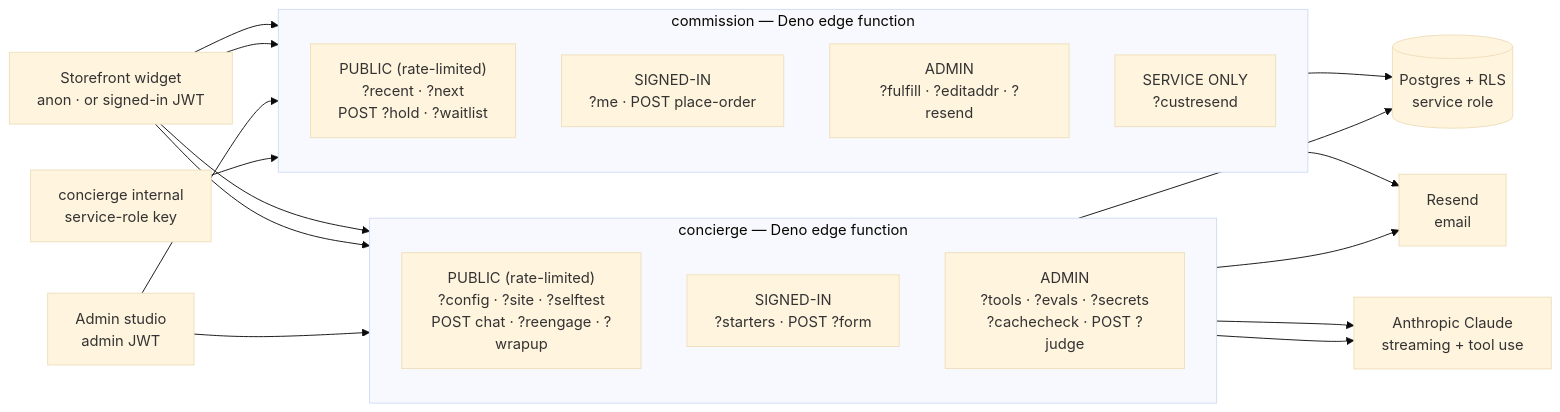
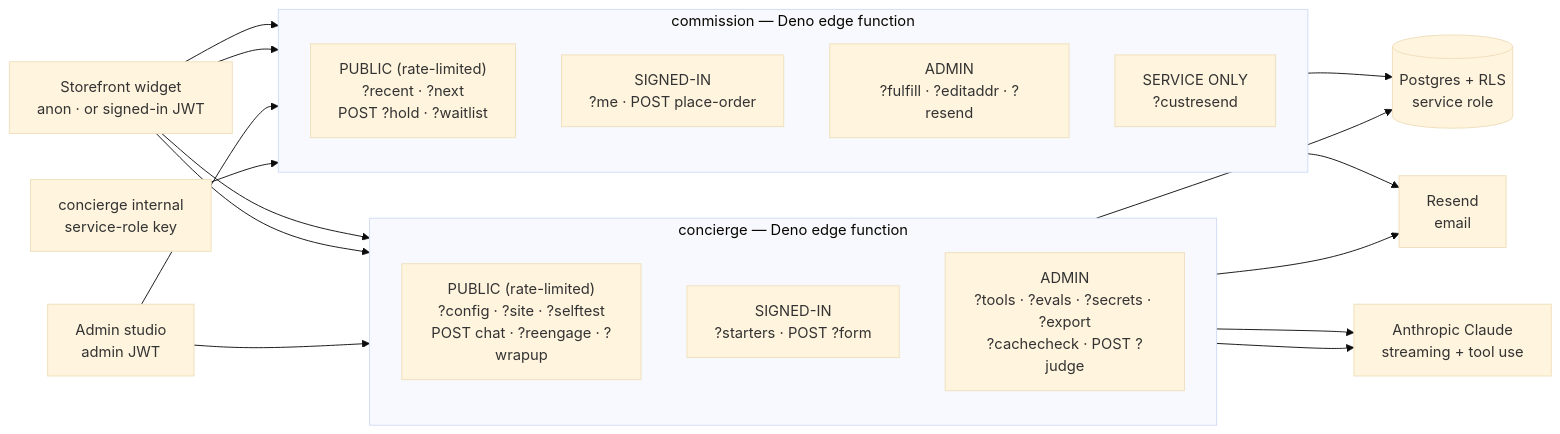
Before and after one commit to Maniwar/Blanket: the second of 2 diagrams in supabase/SCHEMA.md, drawn with Mermaid (base theme). The commit also changed other lines of this file and 4 other files, not shown here.

First line of the commit message:
Scalable streaming transcript export + privacy-review doc + schema visuals

````diff
--- a/supabase/SCHEMA.md
+++ b/supabase/SCHEMA.md
@@ -451,40 +476,40 @@
 ```mermaid
 flowchart LR
   A["Storefront widget<br/>anon · or signed-in JWT"]
   B["Admin studio<br/>admin JWT"]
   I["concierge internal<br/>service-role key"]
 
   subgraph CONCIERGE["concierge — Deno edge function"]
     direction TB
     CP["PUBLIC (rate-limited)<br/>?config · ?site · ?selftest<br/>POST chat · ?reengage · ?wrapup"]
     CU["SIGNED-IN<br/>?starters · POST ?form"]
-    CA["ADMIN<br/>?tools · ?evals · ?secrets<br/>?cachecheck · POST ?judge"]
+    CA["ADMIN<br/>?tools · ?evals · ?secrets · ?export<br/>?cachecheck · POST ?judge"]
   end
 
   subgraph COMMISSION["commission — Deno edge function"]
     direction TB
     MP["PUBLIC (rate-limited)<br/>?recent · ?next<br/>POST ?hold · ?waitlist"]
     MU["SIGNED-IN<br/>?me · POST place-order"]
     MA["ADMIN<br/>?fulfill · ?editaddr · ?resend"]
     MS["SERVICE ONLY<br/>?custresend"]
   end
 
   ANT["Anthropic Claude<br/>streaming + tool use"]
   PG[("Postgres + RLS<br/>service role")]
   RS["Resend<br/>email"]
 
   A --> CP
   A --> CU
   B --> CA
   A --> MP
   A --> MU
   B --> MA
   I --> MS
 
   CP --> ANT
   CA --> ANT
   CONCIERGE --> PG
   COMMISSION --> PG
   COMMISSION --> RS
   CP --> RS
 ```
````
